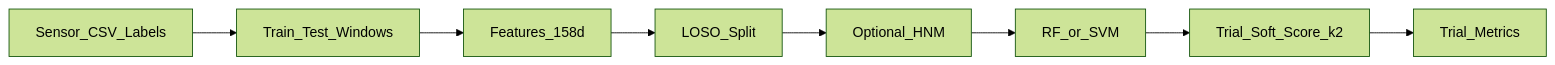
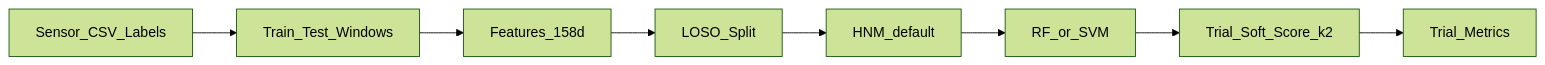
The diagram in README.md (beiluochncontact-maker/FallDetection), drawn with Mermaid (forest theme) before and after one commit. The commit also changed other lines of this file and 3 other files, not shown here.

````diff
--- a/README.md
+++ b/README.md
@@ -90,10 +103,10 @@
 ```mermaid
 flowchart LR
   raw[Sensor_CSV_Labels] --> win[Train_Test_Windows]
   win --> feat[Features_158d]
   feat --> loso[LOSO_Split]
-  loso --> hnm[Optional_HNM]
+  loso --> hnm[HNM_default]
   hnm --> model[RF_or_SVM]
   model --> soft[Trial_Soft_Score_k2]
   soft --> metrics[Trial_Metrics]
 ```
````
